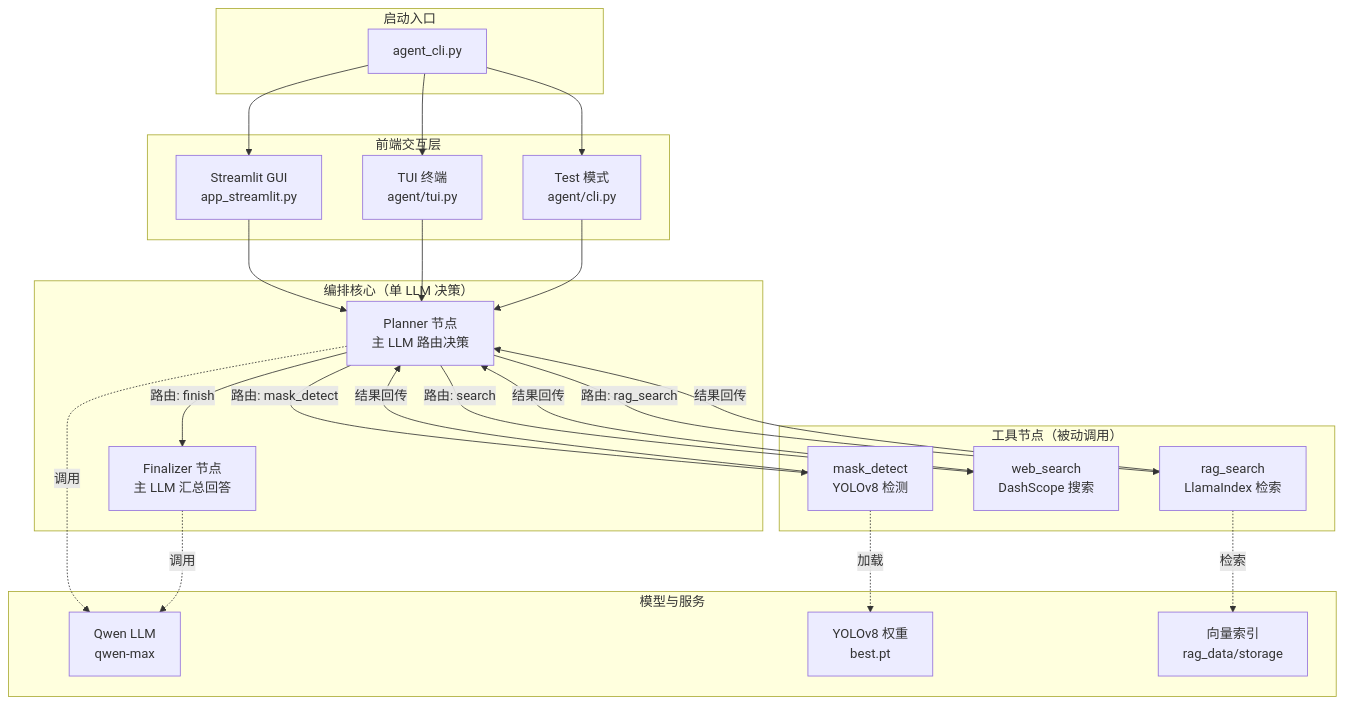
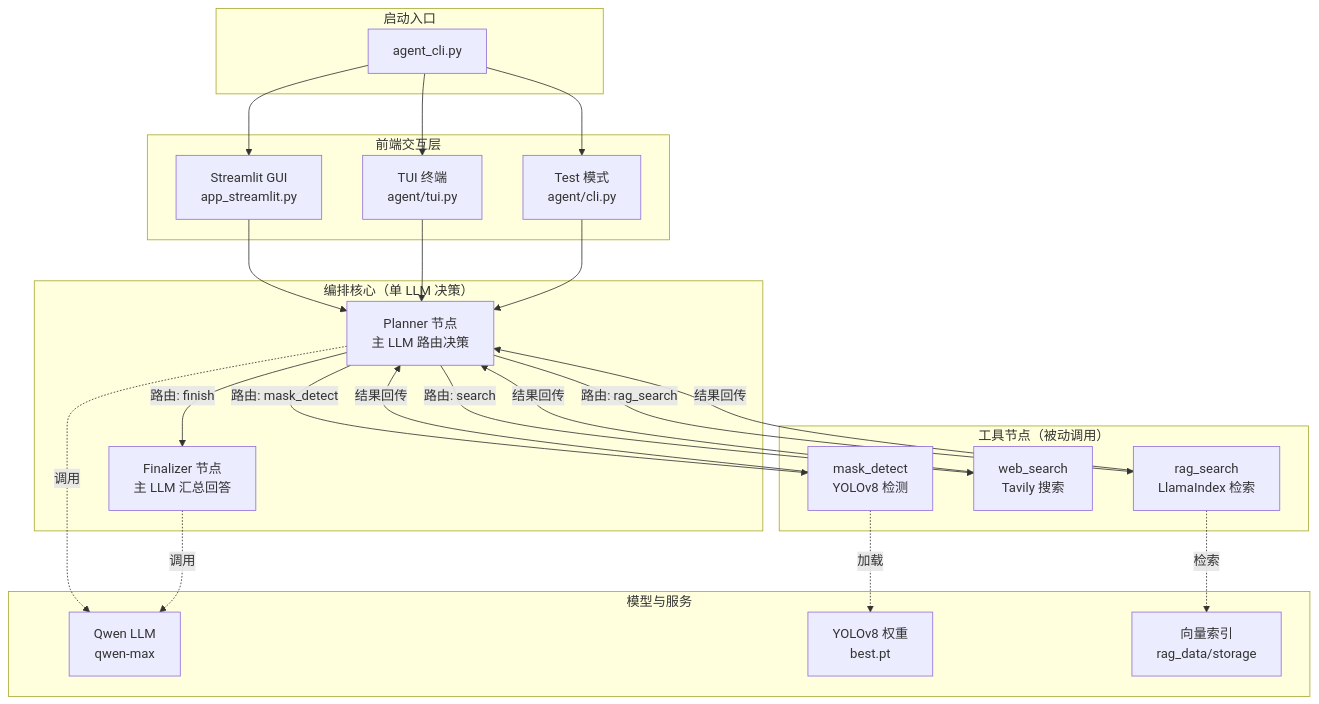
Before and after one commit to fangkai00/mask-detection-agent: the first of 2 diagrams in README.md, drawn with Mermaid. The commit also changed other lines of this file and 5 other files, not shown here.

````diff
--- a/README.md
+++ b/README.md
@@ -84,44 +89,44 @@
 ```mermaid
 graph TB
     subgraph CLI["启动入口"]
         A1[agent_cli.py]
     end
 
     subgraph Frontend["前端交互层"]
         B1[Streamlit GUI<br/>app_streamlit.py]
         B2[TUI 终端<br/>agent/tui.py]
         B3[Test 模式<br/>agent/cli.py]
     end
 
     subgraph Core["编排核心（单 LLM 决策）"]
         C1[Planner 节点<br/>主 LLM 路由决策]
         C2[Finalizer 节点<br/>主 LLM 汇总回答]
     end
 
     subgraph Tools["工具节点（被动调用）"]
         D1[mask_detect<br/>YOLOv8 检测]
-        D2[web_search<br/>DashScope 搜索]
+        D2[web_search<br/>Tavily 搜索]
         D3[rag_search<br/>LlamaIndex 检索]
     end
 
     subgraph Models["模型与服务"]
         E1[Qwen LLM<br/>qwen-max]
         E2[YOLOv8 权重<br/>best.pt]
         E3[向量索引<br/>rag_data/storage]
     end
 
     A1 --> B1 & B2 & B3
     B1 & B2 & B3 --> C1
 
     C1 -->|"路由: mask_detect"| D1
     C1 -->|"路由: search"| D2
     C1 -->|"路由: rag_search"| D3
     C1 -->|"路由: finish"| C2
 
     D1 & D2 & D3 -->|"结果回传"| C1
 
     C1 -.->|"调用"| E1
     C2 -.->|"调用"| E1
     D1 -.->|"加载"| E2
     D3 -.->|"检索"| E3
 ```
````
